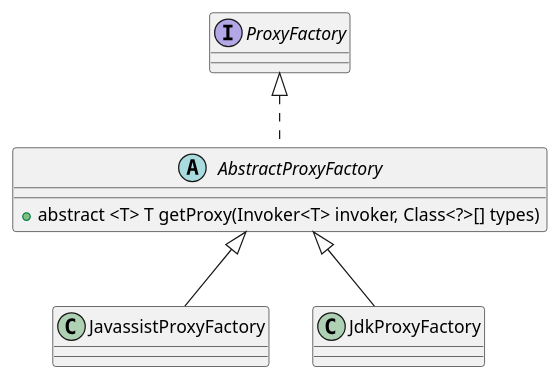
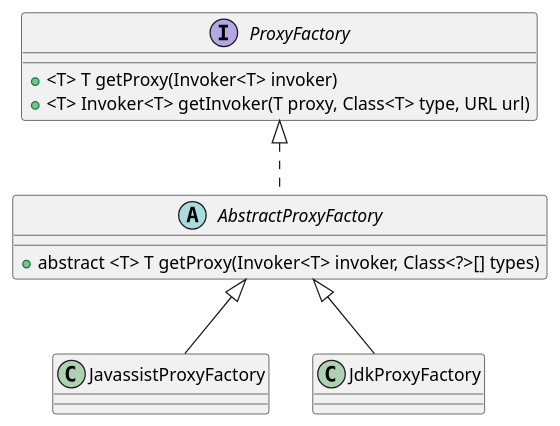
The diagram in 30-distributed/src/dubbo/rpc/proxy/AbstractProxyFactory.md (onlyonion/development), drawn with PlantUML before and after one commit. The commit also changed 37 other files, not shown here.

````diff
--- a/30-distributed/src/dubbo/rpc/proxy/AbstractProxyFactory.md
+++ b/30-distributed/src/dubbo/rpc/proxy/AbstractProxyFactory.md
@@ -10,19 +10,23 @@
 ```plantuml
 @startuml
 
-interface ProxyFactory
- 
+'''''''''''''''''''''''ProxyFactory'''''''''''''''''''''''''''
+interface ProxyFactory {
+    + <T> T getProxy(Invoker<T> invoker)
+    + <T> Invoker<T> getInvoker(T proxy, Class<T> type, URL url)
+}
 ProxyFactory ^.. AbstractProxyFactory
- 
+
+'''''''''''''''''''''''AbstractProxyFactory'''''''''''''''''''''''''''
 abstract class AbstractProxyFactory {
     + abstract <T> T getProxy(Invoker<T> invoker, Class<?>[] types)
 }
 
 AbstractProxyFactory ^-- JavassistProxyFactory
 AbstractProxyFactory ^-- JdkProxyFactory
 
 class JavassistProxyFactory
 class JdkProxyFactory
 
 @enduml
 ```
````
